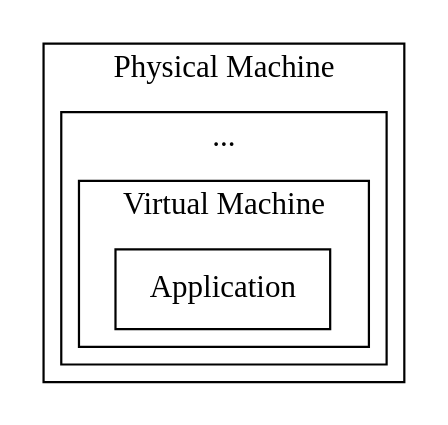
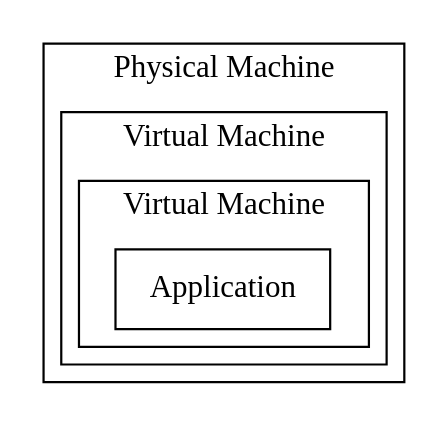
The third of 5 diagrams in src/deployment.md (ereslibre/applications-in-a-cloud-native-world), drawn with Graphviz before and after one commit. The commit also changed other lines of this file, not shown here.

````diff
--- a/src/deployment.md
+++ b/src/deployment.md
@@ -78,14 +78,14 @@
 ```dot process
 digraph D {
   subgraph cluster_p {
     label = "Physical Machine";
     subgraph cluster_v {
-        label = "...";
+        label = "Virtual Machine";
         subgraph cluster_v2 {
             label = "Virtual Machine";
             Application[shape=box];
         }
     }
   }
 }
 ```
````
